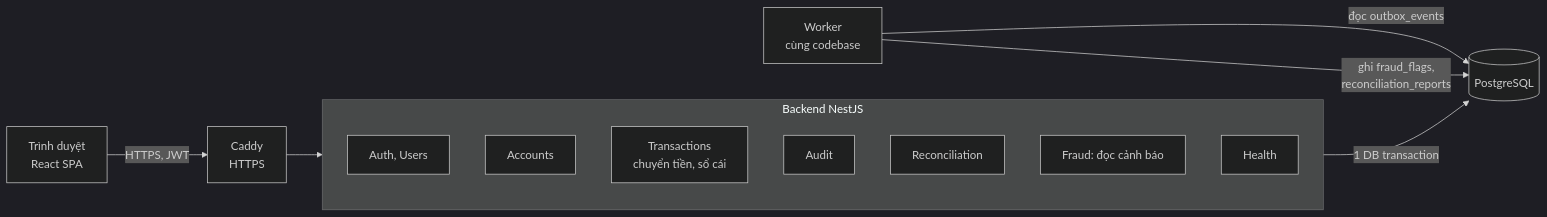
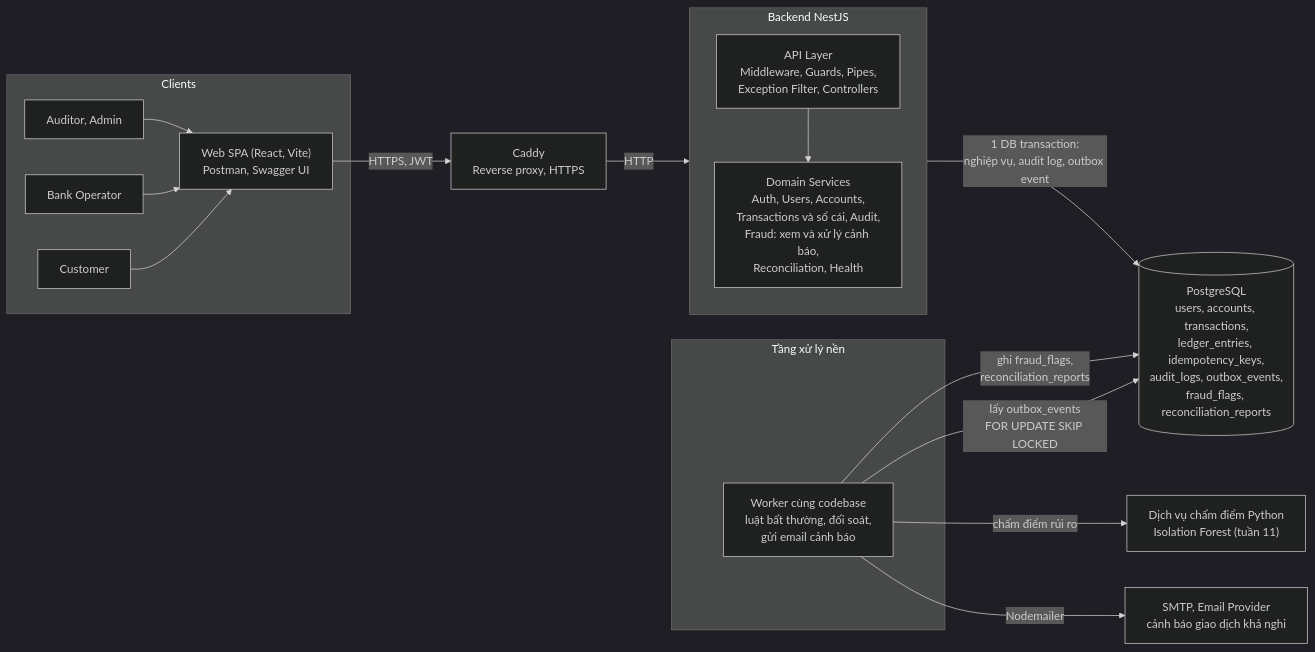
The first of 2 diagrams in docs/overview/kien-truc.md (LeQuangMien10/CloudApplicationDevelopment), drawn with Mermaid (dark theme) before and after one commit. The commit also changed other lines of this file, not shown here.

First line of the commit message:
docs(kien-truc): cập nhật kiến trúc theo outbox, worker và đối chiếu code

````diff
--- a/docs/overview/kien-truc.md
+++ b/docs/overview/kien-truc.md
@@ -9,18 +11,26 @@
 ```mermaid
 flowchart LR
-  U[Trình duyệt<br/>React SPA] -->|HTTPS, JWT| P[Caddy<br/>HTTPS]
-  P --> API
-  subgraph API[Backend NestJS]
+  subgraph CL[Clients]
+    C1[Customer]
+    C2[Bank Operator]
+    C3[Auditor, Admin]
+    UI["Web SPA (React, Vite)<br/>Postman, Swagger UI"]
+    C1 & C2 & C3 --> UI
+  end
+  UI -->|HTTPS, JWT| P[Caddy<br/>Reverse proxy, HTTPS]
+  subgraph CORE[Backend NestJS]
     direction TB
-    AUTH[Auth, Users]
-    ACC[Accounts]
-    TX[Transactions<br/>chuyển tiền, sổ cái]
-    AUD[Audit]
-    REC[Reconciliation]
-    FR[Fraud: đọc cảnh báo]
-    H[Health]
+    API[API Layer<br/>Middleware, Guards, Pipes,<br/>Exception Filter, Controllers]
+    DOM[Domain Services<br/>Auth, Users, Accounts,<br/>Transactions và sổ cái, Audit,<br/>Fraud: xem và xử lý cảnh báo,<br/>Reconciliation, Health]
+    API --> DOM
   end
-  API -->|1 DB transaction| DB[(PostgreSQL)]
-  W[Worker<br/>cùng codebase] -->|đọc outbox_events| DB
+  P -->|HTTP| API
+  DOM -->|"1 DB transaction:<br/>nghiệp vụ, audit log, outbox event"| DB[("PostgreSQL<br/>users, accounts, transactions,<br/>ledger_entries, idempotency_keys,<br/>audit_logs, outbox_events,<br/>fraud_flags, reconciliation_reports")]
+  subgraph BG[Tầng xử lý nền]
+    W[Worker cùng codebase<br/>luật bất thường, đối soát,<br/>gửi email cảnh báo]
+  end
+  W -->|"lấy outbox_events<br/>FOR UPDATE SKIP LOCKED"| DB
   W -->|ghi fraud_flags,<br/>reconciliation_reports| DB
+  W -->|chấm điểm rủi ro| AI["Dịch vụ chấm điểm Python<br/>Isolation Forest (tuần 11)"]
+  W -->|Nodemailer| SMTP[SMTP, Email Provider<br/>cảnh báo giao dịch khả nghi]
 ```
````
